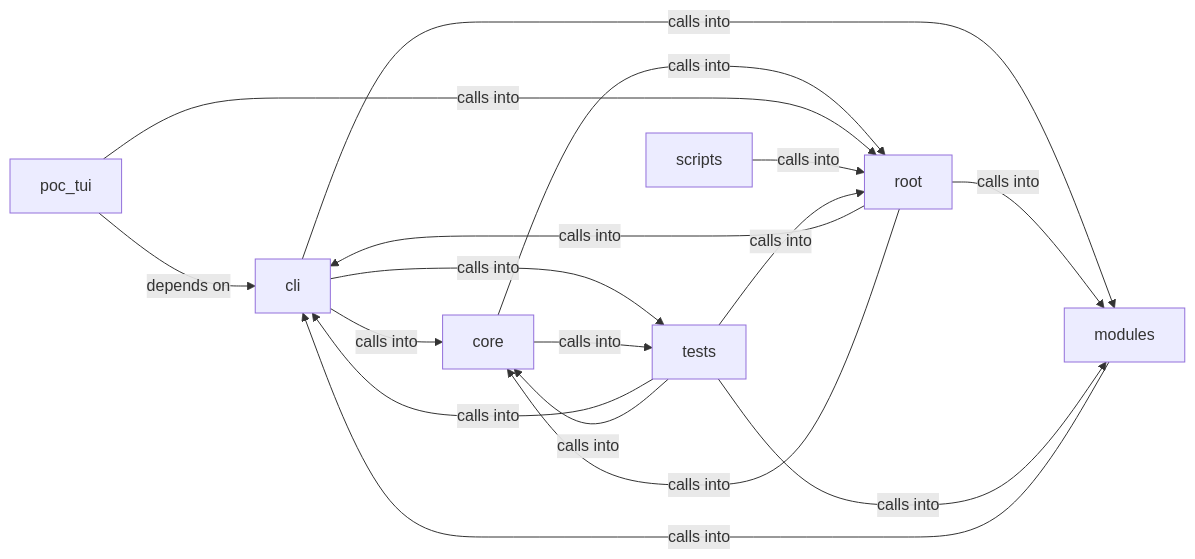
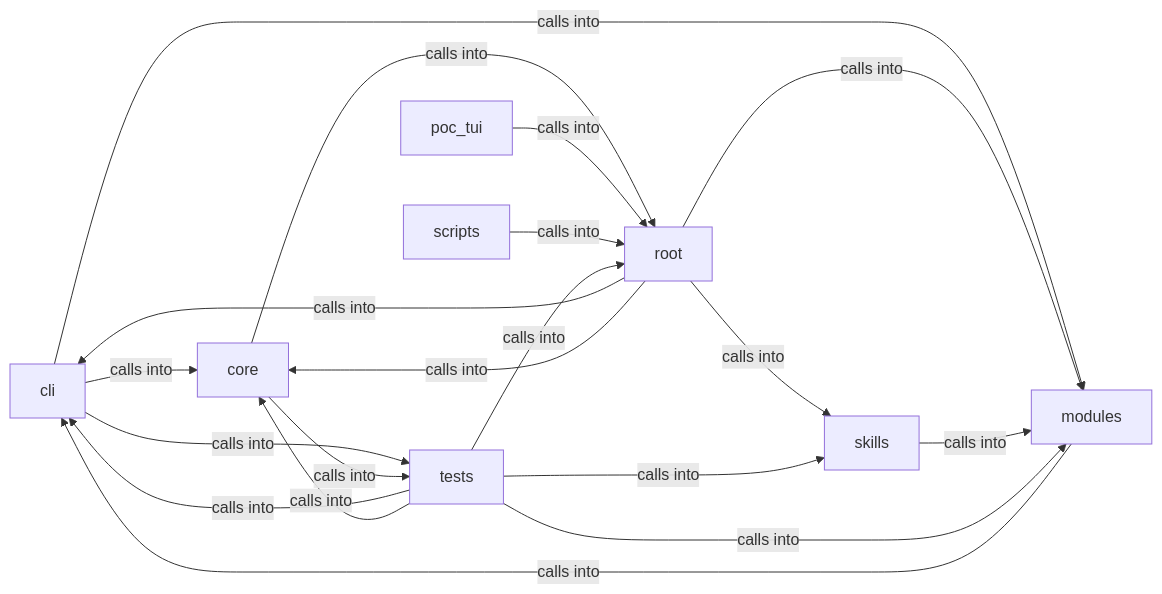
The diagram in readmenator-diagrams/cli.md (grisuno/LazyOwn), drawn with Mermaid before and after one commit. The commit also changed other lines of this file and 496 other files, not shown here.

First line of the commit message:
test: A mediator architecture is implemented with a safety harness inspired by Apollo 11.

````diff
--- a/readmenator-diagrams/cli.md
+++ b/readmenator-diagrams/cli.md
@@ -5,26 +5,29 @@
 ```mermaid
 graph LR
     cli["cli"]
     core["core"]
     modules["modules"]
     poc_tui["poc_tui"]
     root["root"]
     scripts["scripts"]
+    skills["skills"]
     tests["tests"]
     cli -- "calls into" --> core
     cli -- "calls into" --> modules
     cli -- "calls into" --> tests
     core -- "calls into" --> root
     core -- "calls into" --> tests
     modules -- "calls into" --> cli
-    poc_tui -- "depends on" --> cli
     poc_tui -- "calls into" --> root
     root -- "calls into" --> cli
     root -- "calls into" --> core
     root -- "calls into" --> modules
+    root -- "calls into" --> skills
     scripts -- "calls into" --> root
+    skills -- "calls into" --> modules
     tests -- "calls into" --> cli
     tests -- "calls into" --> core
     tests -- "calls into" --> modules
     tests -- "calls into" --> root
+    tests -- "calls into" --> skills
 ```
````
